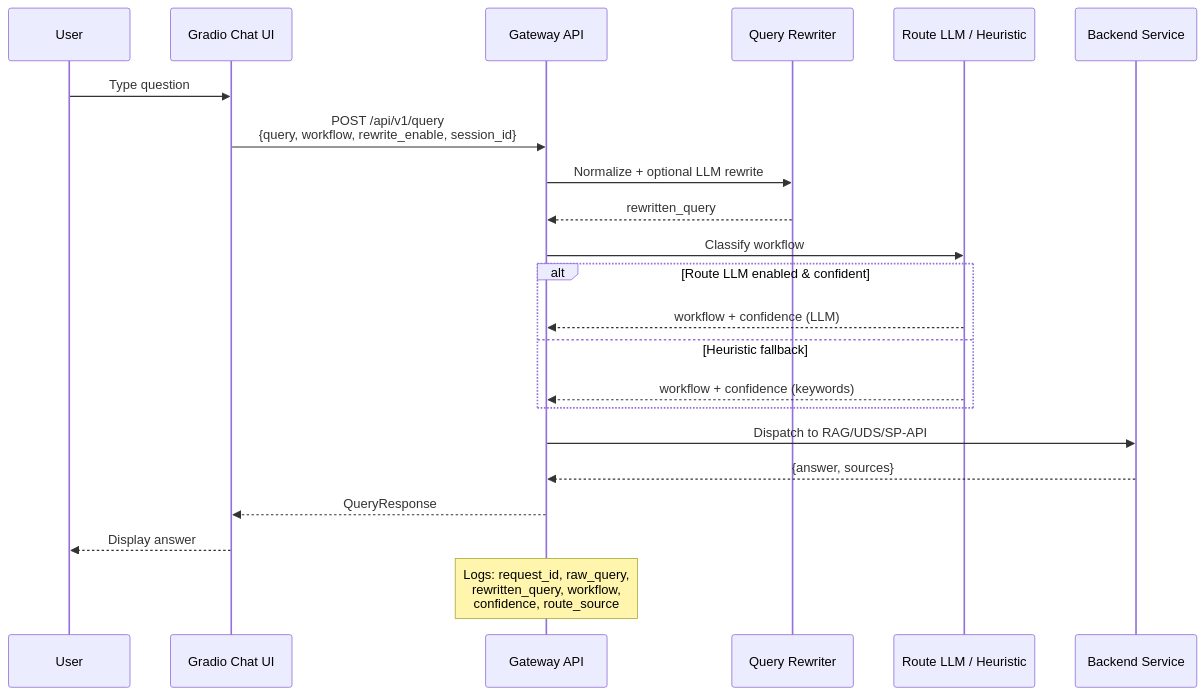
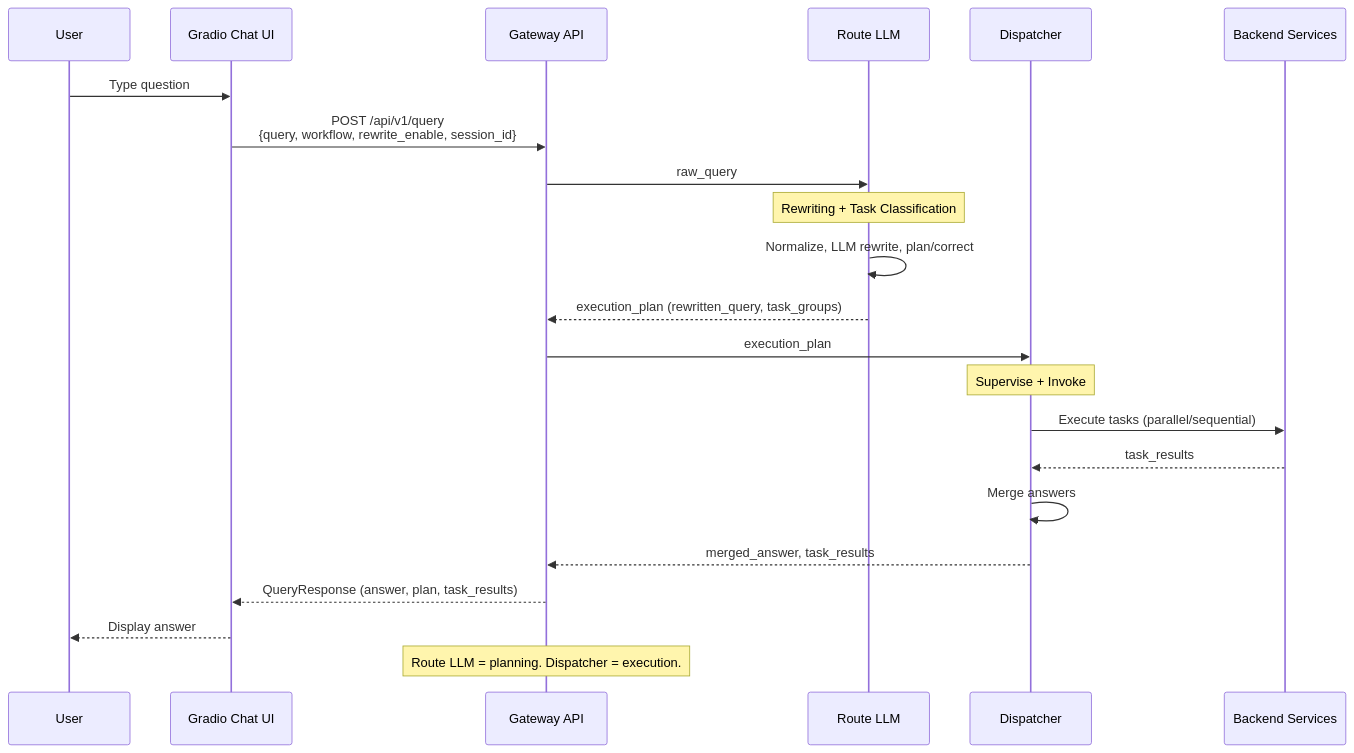
Before and after one commit to lenhop/IC-RAG-Agent: the fourth of 13 diagrams in docs/FRAMEWORK.md, drawn with Mermaid. The commit also changed other lines of this file and 6 other files, not shown here.

````diff
--- a/docs/FRAMEWORK.md
+++ b/docs/FRAMEWORK.md
@@ -225,28 +254,30 @@
 ```mermaid
 sequenceDiagram
     participant User
     participant ChatUI as Gradio Chat UI
     participant GW as Gateway API
-    participant Rewrite as Query Rewriter
-    participant Router as Route LLM / Heuristic
-    participant Backend as Backend Service
+    participant RouteLLM as Route LLM
+    participant Dispatcher as Dispatcher
+    participant Backend as Backend Services
 
     User->>ChatUI: Type question
     ChatUI->>GW: POST /api/v1/query<br/>{query, workflow, rewrite_enable, session_id}
-    GW->>Rewrite: Normalize + optional LLM rewrite
-    Rewrite-->>GW: rewritten_query
-    GW->>Router: Classify workflow
-    
-    alt Route LLM enabled & confident
-        Router-->>GW: workflow + confidence (LLM)
-    else Heuristic fallback
-        Router-->>GW: workflow + confidence (keywords)
-    end
+    GW->>RouteLLM: raw_query
 
-    GW->>Backend: Dispatch to RAG/UDS/SP-API
-    Backend-->>GW: {answer, sources}
-    GW-->>ChatUI: QueryResponse
+    Note over RouteLLM: Rewriting + Task Classification
+    RouteLLM->>RouteLLM: Normalize, LLM rewrite, plan/correct
+    RouteLLM-->>GW: execution_plan (rewritten_query, task_groups)
+
+    GW->>Dispatcher: execution_plan
+
+    Note over Dispatcher: Supervise + Invoke
+    Dispatcher->>Backend: Execute tasks (parallel/sequential)
+    Backend-->>Dispatcher: task_results
+    Dispatcher->>Dispatcher: Merge answers
+    Dispatcher-->>GW: merged_answer, task_results
+
+    GW-->>ChatUI: QueryResponse (answer, plan, task_results)
     ChatUI-->>User: Display answer
 
-    Note over GW: Logs: request_id, raw_query,<br/>rewritten_query, workflow,<br/>confidence, route_source
+    Note over GW: Route LLM = planning. Dispatcher = execution.
 ```
````
